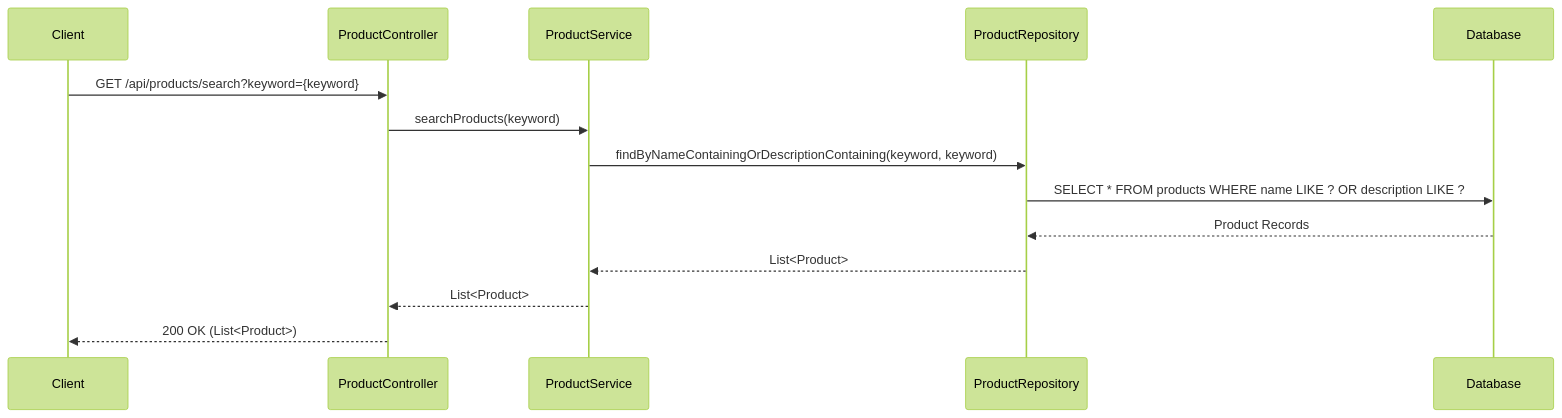
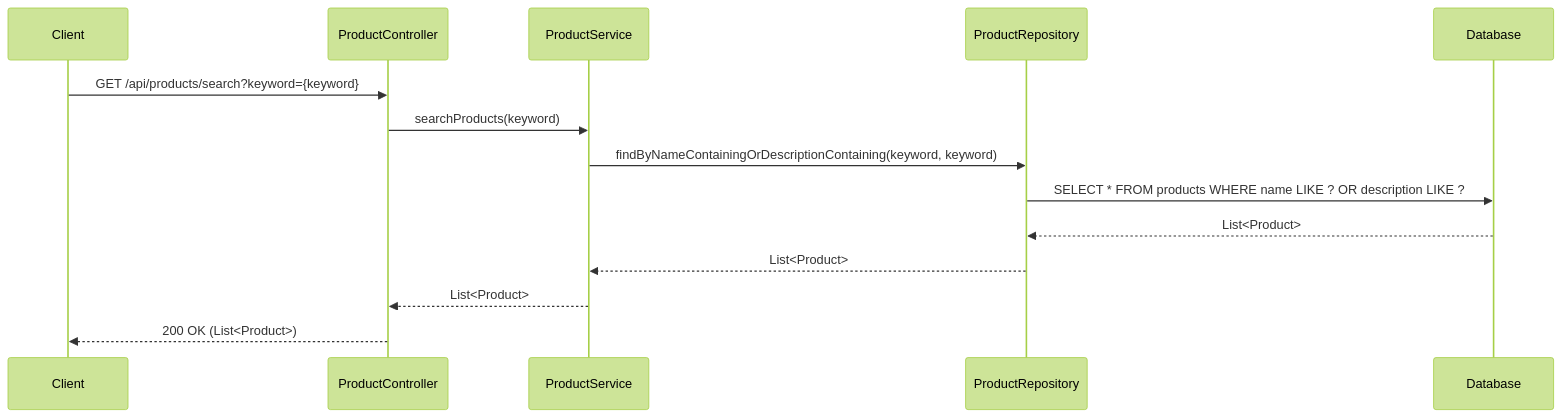
The ninth of 13 diagrams in docs/LLD/modified_lld.md (NavneetBN47/aava-ecom-demo), drawn with Mermaid (forest theme) before and after one commit. The commit also changed other lines of this file, not shown here.

````diff
--- a/docs/LLD/modified_lld.md
+++ b/docs/LLD/modified_lld.md
@@ -322,17 +346,17 @@
 ```mermaid
 sequenceDiagram
     participant Client
     participant ProductController
     participant ProductService
     participant ProductRepository
     participant Database
 
     Client->>ProductController: GET /api/products/search?keyword={keyword}
     ProductController->>ProductService: searchProducts(keyword)
     ProductService->>ProductRepository: findByNameContainingOrDescriptionContaining(keyword, keyword)
     ProductRepository->>Database: SELECT * FROM products WHERE name LIKE ? OR description LIKE ?
-    Database-->>ProductRepository: Product Records
+    Database-->>ProductRepository: List<Product>
     ProductRepository-->>ProductService: List<Product>
     ProductService-->>ProductController: List<Product>
     ProductController-->>Client: 200 OK (List<Product>)
 ```
````
